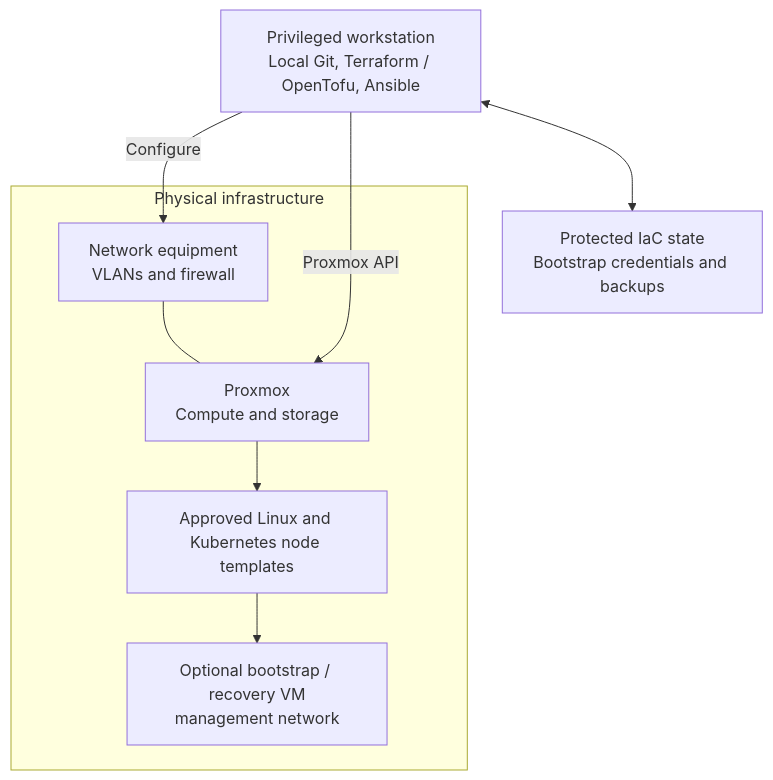
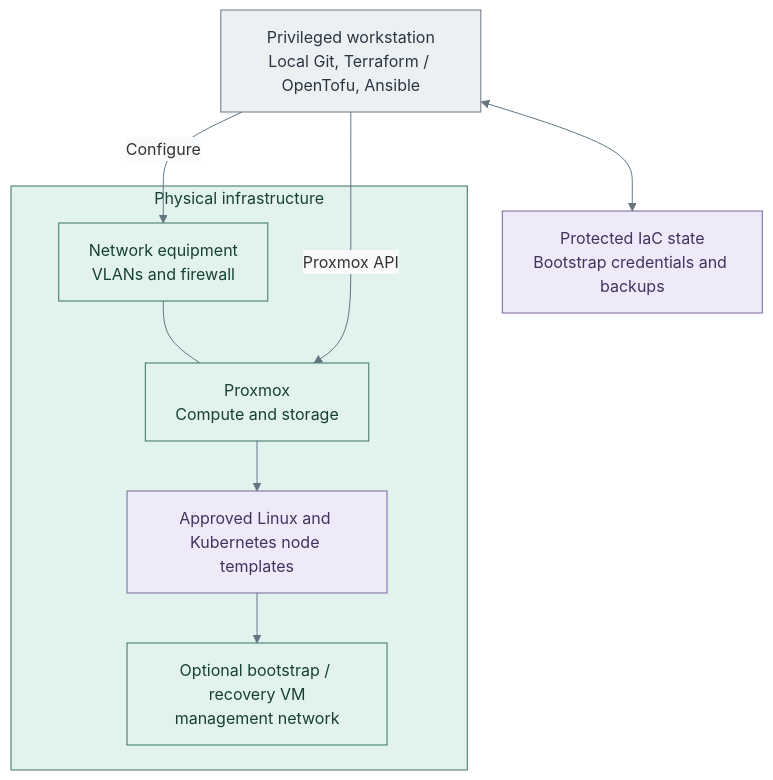
The diagram in docs/deployment/foundation/README.md (Rexus/homelab), drawn with Mermaid before and after one commit. The commit also changed 49 other files, not shown here.

Commit message:
docs(diagrams): clarify tier layouts and visual styles

````diff
--- a/docs/deployment/foundation/README.md
+++ b/docs/deployment/foundation/README.md
@@ -20,16 +20,24 @@
 ```mermaid
+%%{init: {"theme":"base","themeVariables":{"lineColor":"#627581","edgeLabelBackground":"#f8fafc"}}}%%
 flowchart TB
   Admin["Privileged workstation<br/>Local Git, Terraform / OpenTofu, Ansible"]
   State["Protected IaC state<br/>Bootstrap credentials and backups"]
   subgraph Physical["Physical infrastructure"]
     Network["Network equipment<br/>VLANs and firewall"]
     PVE["Proxmox<br/>Compute and storage"]
     Templates["Approved Linux and Kubernetes node templates"]
     Bootstrap["Optional bootstrap / recovery VM<br/>management network"]
     Network --- PVE
     PVE --> Templates --> Bootstrap
   end
   Admin <--> State
   Admin -->|Configure| Network
   Admin -->|Proxmox API| PVE
+  classDef default fill:#f8fafc,stroke:#64748b,color:#1f2937
+  classDef actor fill:#edf0f3,stroke:#697682,color:#293642
+  classDef data fill:#eeeafa,stroke:#78639b,color:#42325d
+  classDef control fill:#e2f3ed,stroke:#397366,color:#173f36
+  class Admin actor
+  class State,Templates data
+  class Physical,Network,PVE,Bootstrap control
 ```
````
